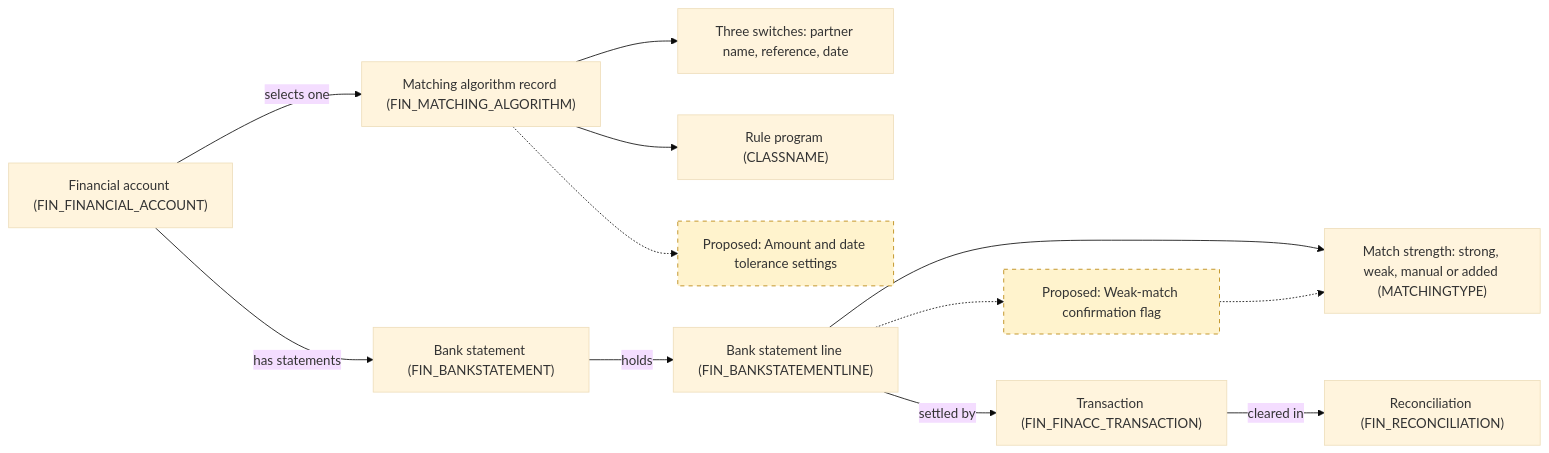
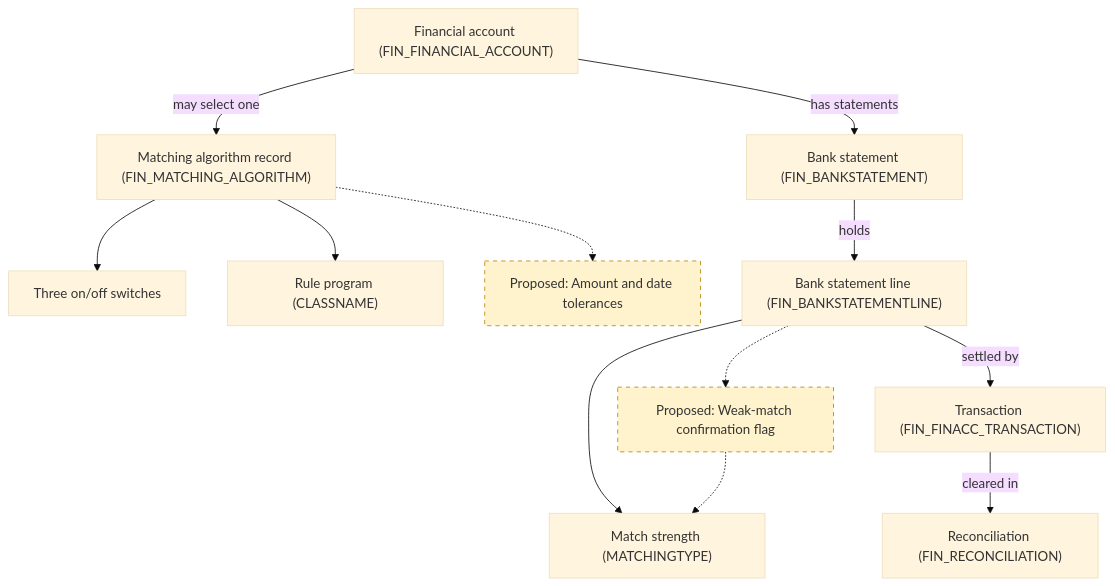
Before and after one commit to blitzy-public-samples/openbravo-erp: the fourth of 5 diagrams in docs/analysis/analysis-2-extension-points-and-risks.md, drawn with Mermaid (base theme). The commit also changed other lines of this file and 1 other file, not shown here.

````diff
--- a/docs/analysis/analysis-2-extension-points-and-risks.md
+++ b/docs/analysis/analysis-2-extension-points-and-risks.md
@@ -248,16 +251,18 @@
 ```mermaid
-flowchart LR
-  FA["Financial account (FIN_FINANCIAL_ACCOUNT)"] -->|"selects one"| ALG["Matching algorithm record (FIN_MATCHING_ALGORITHM)"]
-  ALG --> SW["Three switches: partner name, reference, date"]
+flowchart TB
+  accTitle: Figure 4. Matching settings and confirmation
+  accDescr: Matching data, existing and proposed
+  FA["Financial account (FIN_FINANCIAL_ACCOUNT)"] -->|"may select one"| ALG["Matching algorithm record (FIN_MATCHING_ALGORITHM)"]
+  ALG --> SW["Three on/off switches"]
   ALG --> CL["Rule program (CLASSNAME)"]
-  ALG -.-> TOL["Proposed: Amount and date tolerance settings"]
+  ALG -.-> TOL["Proposed: Amount and date tolerances"]
   FA -->|"has statements"| BS["Bank statement (FIN_BANKSTATEMENT)"]
   BS -->|"holds"| L["Bank statement line (FIN_BANKSTATEMENTLINE)"]
-  L --> MT["Match strength: strong, weak, manual or added (MATCHINGTYPE)"]
+  L --> MT["Match strength (MATCHINGTYPE)"]
   L -.-> CF["Proposed: Weak-match confirmation flag"]
   CF -.-> MT
   L -->|"settled by"| T["Transaction (FIN_FINACC_TRANSACTION)"]
   T -->|"cleared in"| R["Reconciliation (FIN_RECONCILIATION)"]
   classDef proposed stroke-dasharray: 5 5,fill:#fff3cd,stroke:#b8860b
   class TOL,CF proposed
 ```
````
